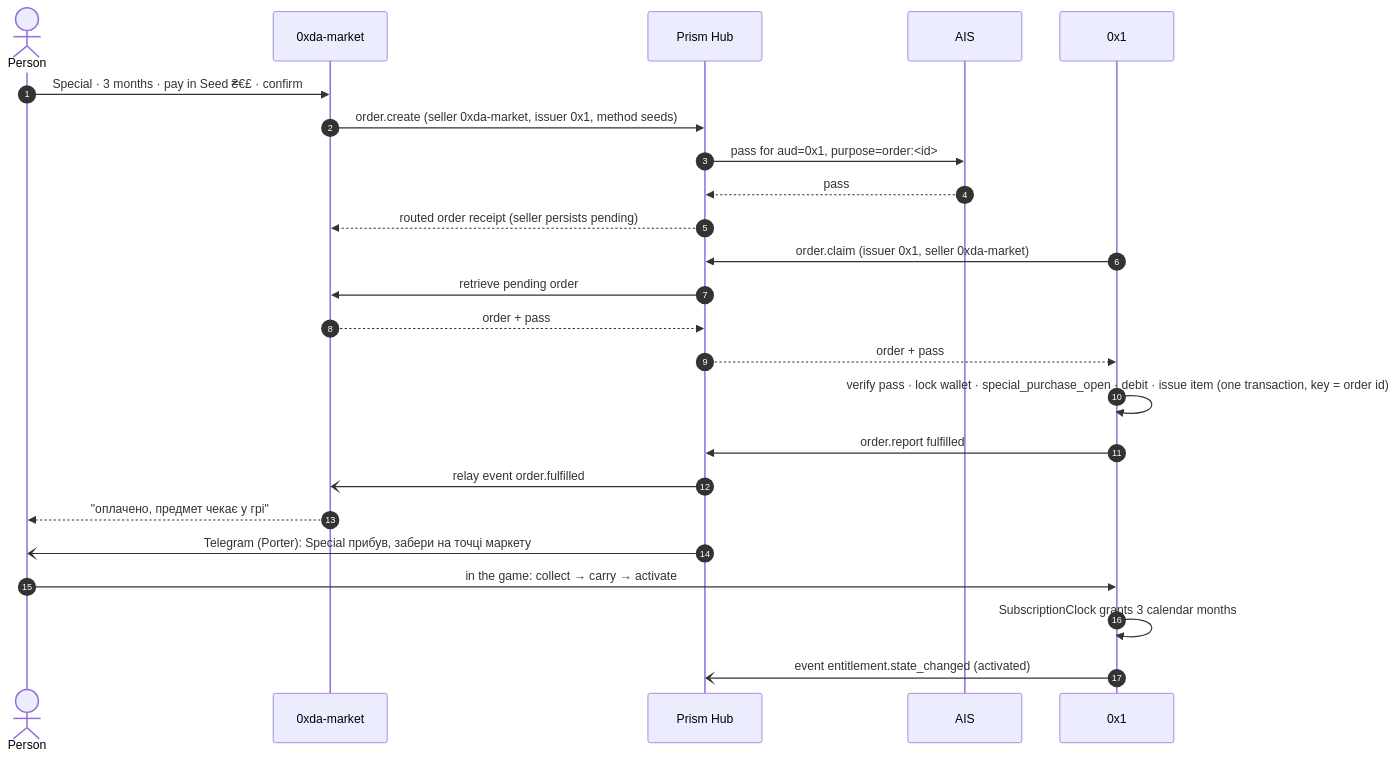
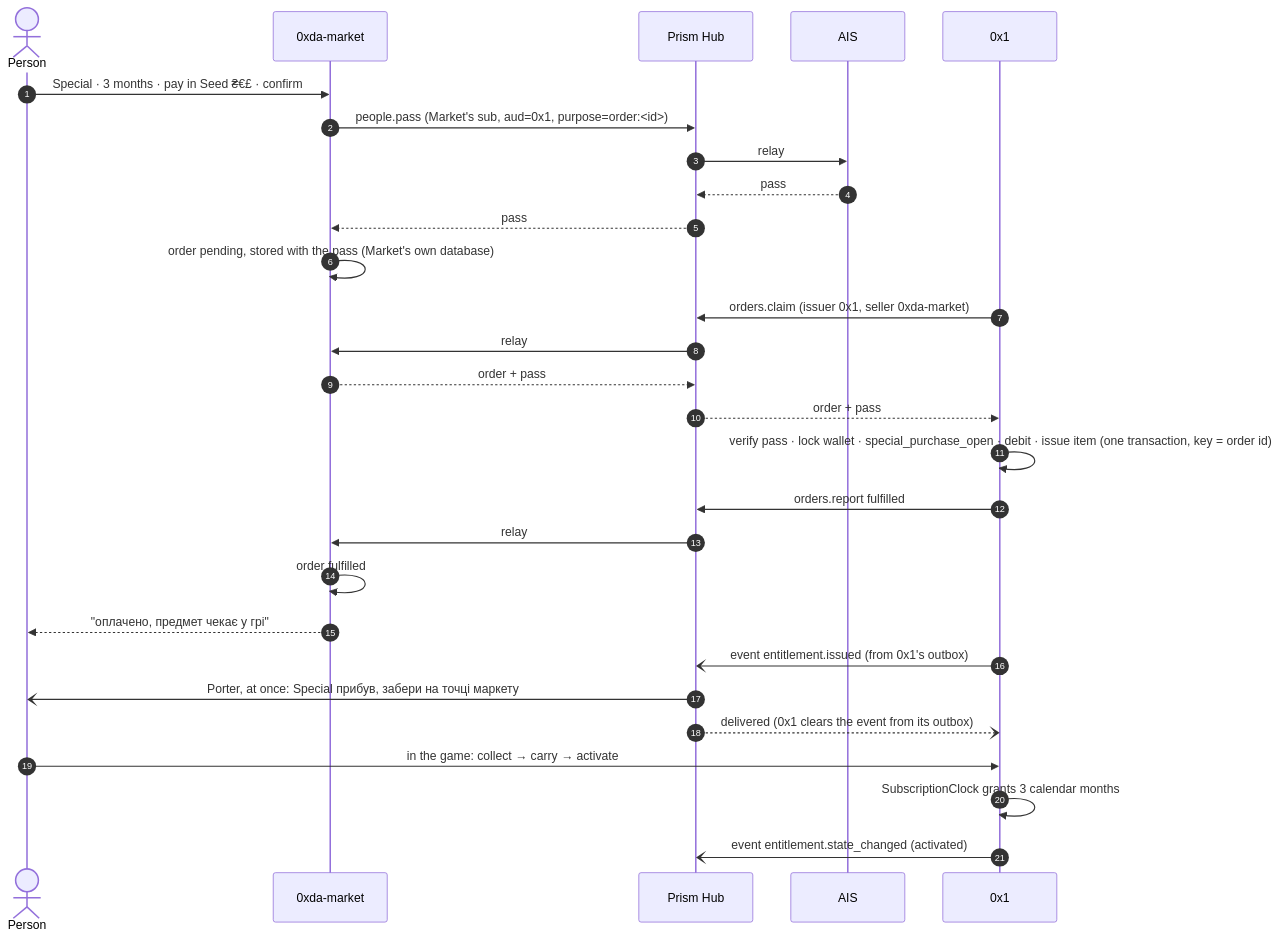
Before and after one commit to aiaiaiai-org/prism-hub: the second of 2 diagrams in docs/hub-protocol.md, drawn with Mermaid. The commit also changed other lines of this file, not shown here.

First line of the commit message:
docs: make hub.v1 consistent with the payload-free relay

````diff
--- a/docs/hub-protocol.md
+++ b/docs/hub-protocol.md
@@ -328,27 +370,31 @@
 ```mermaid
 sequenceDiagram
     autonumber
     actor P as Person
     participant M as 0xda-market
     participant H as Prism Hub
     participant A as AIS
     participant X as 0x1
 
     P->>M: Special · 3 months · pay in Seed ₴€£ · confirm
-    M->>H: order.create (seller 0xda-market, issuer 0x1, method seeds)
-    H->>A: pass for aud=0x1, purpose=order:<id>
+    M->>H: people.pass (Market's sub, aud=0x1, purpose=order:<id>)
+    H->>A: relay
     A-->>H: pass
-    H-->>M: routed order receipt (seller persists pending)
-    X->>H: order.claim (issuer 0x1, seller 0xda-market)
-    H->>M: retrieve pending order
+    H-->>M: pass
+    M->>M: order pending, stored with the pass (Market's own database)
+    X->>H: orders.claim (issuer 0x1, seller 0xda-market)
+    H->>M: relay
     M-->>H: order + pass
     H-->>X: order + pass
     X->>X: verify pass · lock wallet · special_purchase_open · debit · issue item (one transaction, key = order id)
-    X->>H: order.report fulfilled
-    H-)M: relay event order.fulfilled
+    X->>H: orders.report fulfilled
+    H->>M: relay
+    M->>M: order fulfilled
     M-->>P: "оплачено, предмет чекає у грі"
-    H-)P: Telegram (Porter): Special прибув, забери на точці маркету
+    X-)H: event entitlement.issued (from 0x1's outbox)
+    H-)P: Porter, at once: Special прибув, забери на точці маркету
+    H--)X: delivered (0x1 clears the event from its outbox)
     P->>X: in the game: collect → carry → activate
     X->>X: SubscriptionClock grants 3 calendar months
     X-)H: event entitlement.state_changed (activated)
 ```
````
